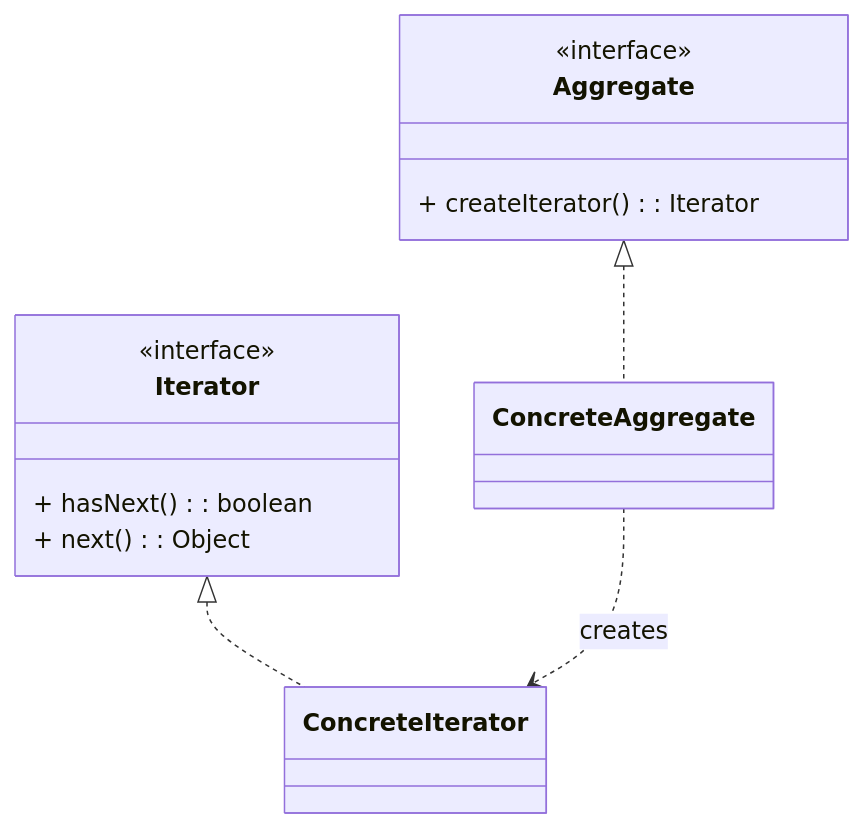
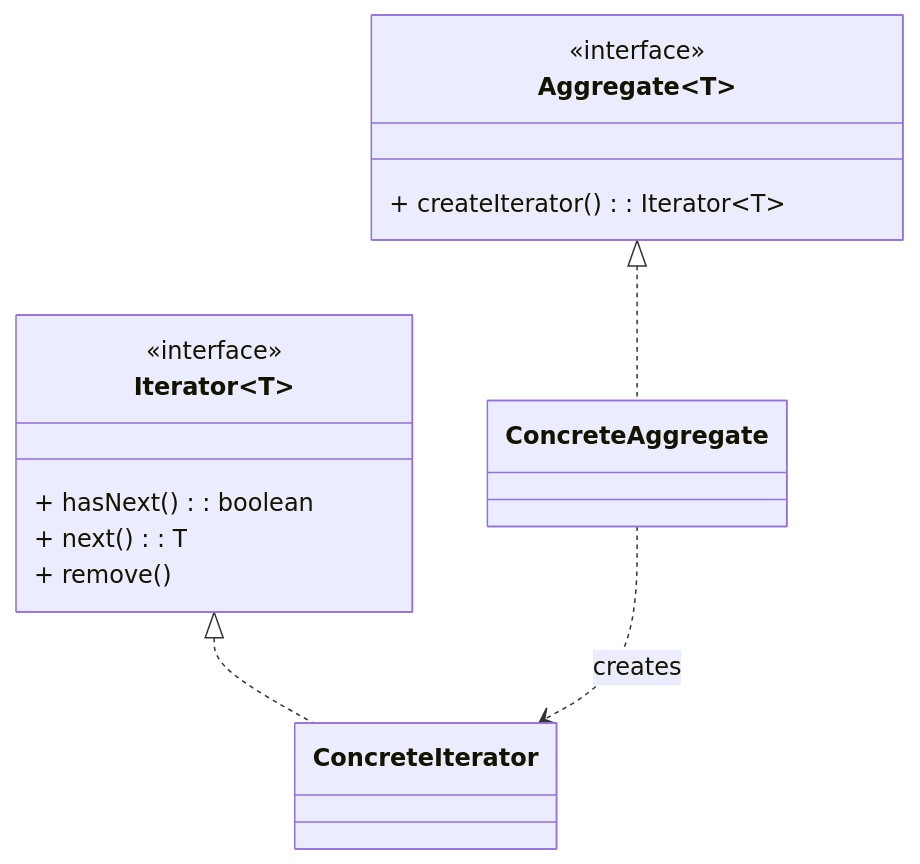
The diagram in 设计模式/行为型/迭代器模式.md (tghrxxxyyy/knowledge-base), drawn with Mermaid before and after one commit. The commit also changed other lines of this file and 101 other files, not shown here.

````diff
--- a/设计模式/行为型/迭代器模式.md
+++ b/设计模式/行为型/迭代器模式.md
@@ -10,17 +13,18 @@
 ```mermaid
 classDiagram
-    class Iterator {
+    class Iterator~T~ {
         <<interface>>
         + hasNext(): boolean
-        + next(): Object
+        + next(): T
+        + remove()
     }
     class ConcreteIterator
-    class Aggregate {
+    class Aggregate~T~ {
         <<interface>>
-        + createIterator(): Iterator
+        + createIterator(): Iterator~T~
     }
     class ConcreteAggregate
     Aggregate <|.. ConcreteAggregate
     Iterator <|.. ConcreteIterator
     ConcreteAggregate ..> ConcreteIterator : creates
 ```
````
